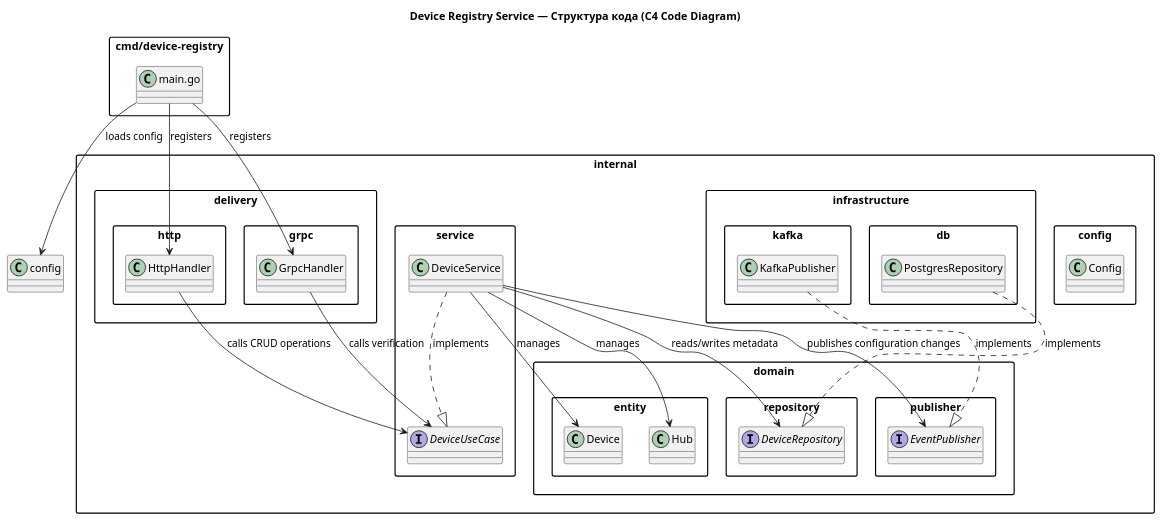
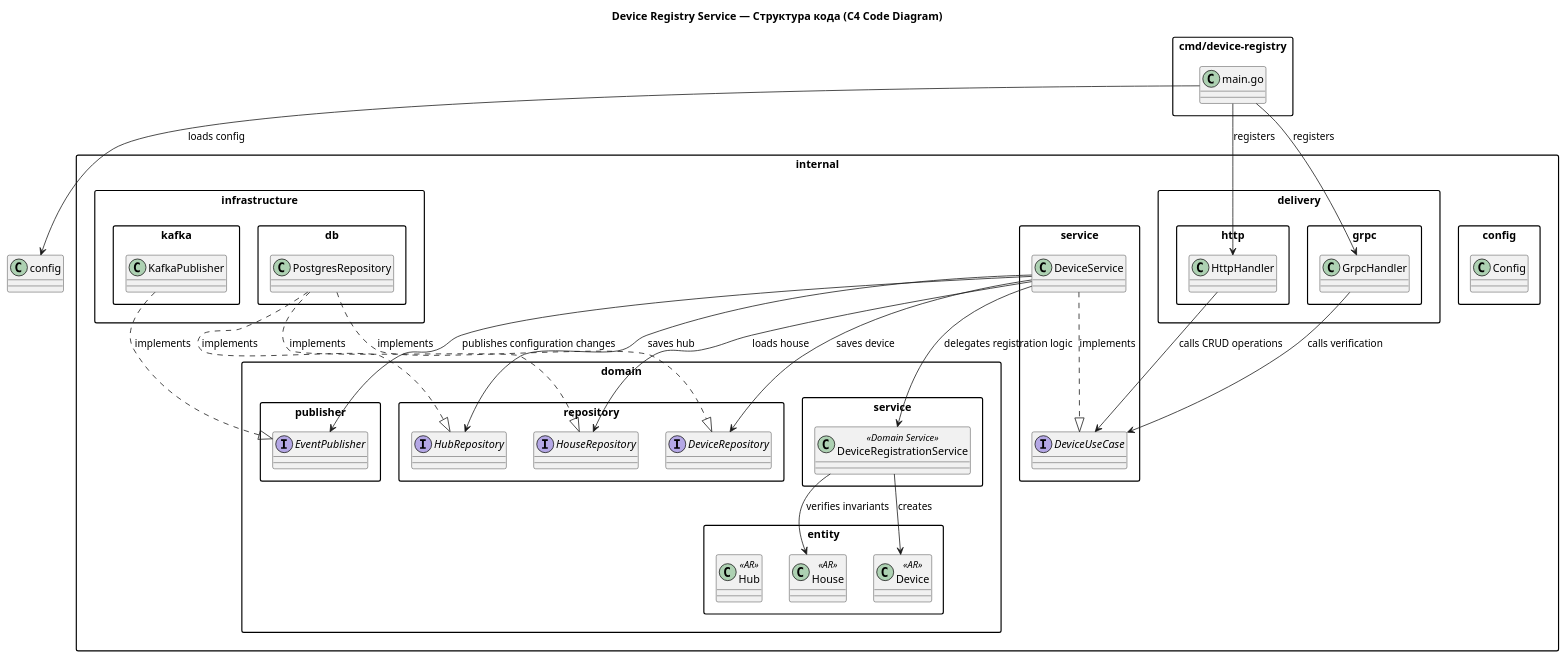
Before and after one commit to AnniebunnyGH/architecture-warmhouse: the diagram in diagrams/device_registry/code.puml, drawn with PlantUML. The commit also changed 10 other files, not shown here.

Commit message:
refactor: split AsyncAPI to service-specific specs, update DDD domain model and code diagrams, fix protobuf enums

```diff
--- a/diagrams/device_registry/code.puml
+++ b/diagrams/device_registry/code.puml
@@ -1,70 +1,81 @@
 @startuml
 skinparam packageStyle rect
 skinparam roundcorner 5
 
 title "Device Registry Service — Структура кода (C4 Code Diagram)"
 
 package "cmd/device-registry" as cmd_dev_reg {
   class "main.go" as main
 }
 
 package internal {
   package config {
     class "Config" as config
   }
   
   package domain {
     package entity {
-      class "Device" as device_entity
-      class "Hub" as hub_entity
+      class "House" as house_entity <<AR>>
+      class "Device" as device_entity <<AR>>
+      class "Hub" as hub_entity <<AR>>
     }
     package repository {
-      interface "DeviceRepository" as repo_interface
+      interface "HouseRepository" as house_repo
+      interface "DeviceRepository" as device_repo
+      interface "HubRepository" as hub_repo
     }
     package publisher {
       interface "EventPublisher" as pub_interface
+    }
+    package service {
+      class "DeviceRegistrationService" as registration_service <<Domain Service>>
     }
   }
 
   package service {
     class "DeviceService" as device_service
     interface "DeviceUseCase" as usecase_interface
   }
 
   package delivery {
     package http {
       class "HttpHandler" as http_handler
     }
     package grpc {
       class "GrpcHandler" as grpc_handler
     }
   }
 
   package infrastructure {
     package db {
       class "PostgresRepository" as postgres_repo
     }
     package kafka {
       class "KafkaPublisher" as kafka_publisher
     }
   }
 }
 
 main --> config : "loads config"
 main --> http_handler : "registers"
 main --> grpc_handler : "registers"
 
 http_handler --> usecase_interface : "calls CRUD operations"
 grpc_handler --> usecase_interface : "calls verification"
 
 device_service ..|> usecase_interface : "implements"
-device_service --> repo_interface : "reads/writes metadata"
+device_service --> house_repo : "loads house"
+device_service --> device_repo : "saves device"
+device_service --> hub_repo : "saves hub"
+device_service --> registration_service : "delegates registration logic"
 device_service --> pub_interface : "publishes configuration changes"
 
-postgres_repo ..|> repo_interface : "implements"
+postgres_repo ..|> house_repo : "implements"
+postgres_repo ..|> device_repo : "implements"
+postgres_repo ..|> hub_repo : "implements"
 kafka_publisher ..|> pub_interface : "implements"
 
-device_service --> device_entity : "manages"
-device_service --> hub_entity : "manages"
+registration_service --> house_entity : "verifies invariants"
+registration_service --> device_entity : "creates"
 
 @enduml
```
